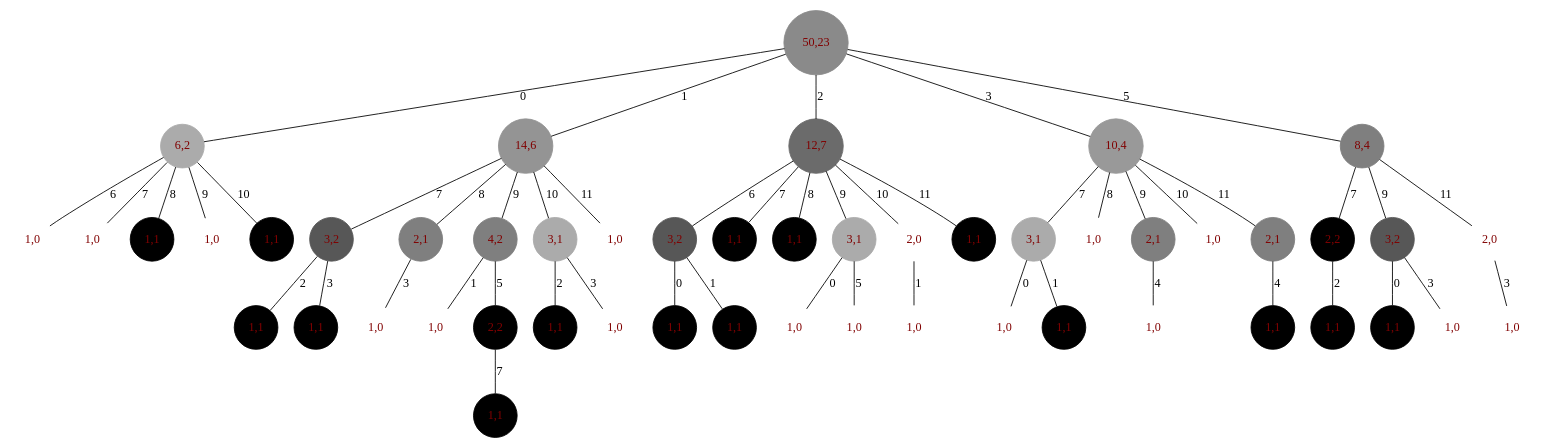
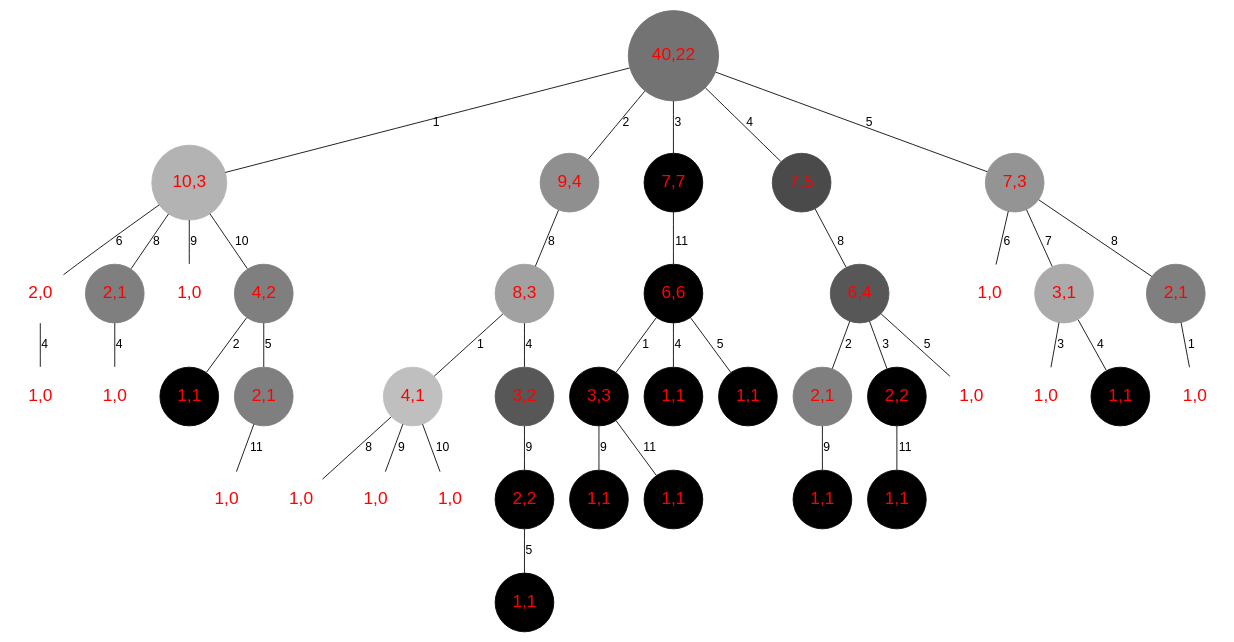
Before and after one commit to n-llx/An-AI-for-Awale: the diagram in code/arbre.dot, drawn with Graphviz. The commit also changed 12 other files, not shown here.

```diff
--- a/code/arbre.dot
+++ b/code/arbre.dot
@@ -1,104 +1,85 @@
 graph arbre {
- node [shape=circle,style=filled];
-0 [label="50,23",fontcolor=webmaroon, color=grey54];
-1 [label="6,2",fontcolor=webmaroon, color=grey67];
-2 [label="1,0",fontcolor=webmaroon, color=grey100];
+ node [shape=circle,style=filled,fontname="Helvetica",fontsize=20];
+edge [fontname="Helvetica"]
+;0 [label="40,22",fontcolor=red, color=grey45];
+1 [label="10,3",fontcolor=red, color=grey70];
+2 [label="2,0",fontcolor=red, color=grey100];
+3 [label="1,0",fontcolor=red, color=grey100];
+2 -- 3 [label="4"];
 1 -- 2 [label="6"];
-3 [label="1,0",fontcolor=webmaroon, color=grey100];
-1 -- 3 [label="7"];
-4 [label="1,1",fontcolor=webmaroon, color=grey0];
+4 [label="2,1",fontcolor=red, color=grey50];
+5 [label="1,0",fontcolor=red, color=grey100];
+4 -- 5 [label="4"];
 1 -- 4 [label="8"];
-5 [label="1,0",fontcolor=webmaroon, color=grey100];
-1 -- 5 [label="9"];
-6 [label="1,1",fontcolor=webmaroon, color=grey0];
-1 -- 6 [label="10"];
-0 -- 1 [label="0"];
-7 [label="14,6",fontcolor=webmaroon, color=grey58];
-8 [label="3,2",fontcolor=webmaroon, color=grey34];
-9 [label="1,1",fontcolor=webmaroon, color=grey0];
-8 -- 9 [label="2"];
-10 [label="1,1",fontcolor=webmaroon, color=grey0];
-8 -- 10 [label="3"];
-7 -- 8 [label="7"];
-11 [label="2,1",fontcolor=webmaroon, color=grey50];
-12 [label="1,0",fontcolor=webmaroon, color=grey100];
-11 -- 12 [label="3"];
-7 -- 11 [label="8"];
-13 [label="4,2",fontcolor=webmaroon, color=grey50];
-14 [label="1,0",fontcolor=webmaroon, color=grey100];
-13 -- 14 [label="1"];
-15 [label="2,2",fontcolor=webmaroon, color=grey0];
-16 [label="1,1",fontcolor=webmaroon, color=grey0];
-15 -- 16 [label="7"];
-13 -- 15 [label="5"];
-7 -- 13 [label="9"];
-17 [label="3,1",fontcolor=webmaroon, color=grey67];
-18 [label="1,1",fontcolor=webmaroon, color=grey0];
-17 -- 18 [label="2"];
-19 [label="1,0",fontcolor=webmaroon, color=grey100];
-17 -- 19 [label="3"];
-7 -- 17 [label="10"];
-20 [label="1,0",fontcolor=webmaroon, color=grey100];
-7 -- 20 [label="11"];
-0 -- 7 [label="1"];
-21 [label="12,7",fontcolor=webmaroon, color=grey42];
-22 [label="3,2",fontcolor=webmaroon, color=grey34];
-23 [label="1,1",fontcolor=webmaroon, color=grey0];
-22 -- 23 [label="0"];
-24 [label="1,1",fontcolor=webmaroon, color=grey0];
-22 -- 24 [label="1"];
-21 -- 22 [label="6"];
-25 [label="1,1",fontcolor=webmaroon, color=grey0];
-21 -- 25 [label="7"];
-26 [label="1,1",fontcolor=webmaroon, color=grey0];
-21 -- 26 [label="8"];
-27 [label="3,1",fontcolor=webmaroon, color=grey67];
-28 [label="1,0",fontcolor=webmaroon, color=grey100];
-27 -- 28 [label="0"];
-29 [label="1,0",fontcolor=webmaroon, color=grey100];
-27 -- 29 [label="5"];
-21 -- 27 [label="9"];
-30 [label="2,0",fontcolor=webmaroon, color=grey100];
-31 [label="1,0",fontcolor=webmaroon, color=grey100];
-30 -- 31 [label="1"];
-21 -- 30 [label="10"];
-32 [label="1,1",fontcolor=webmaroon, color=grey0];
-21 -- 32 [label="11"];
-0 -- 21 [label="2"];
-33 [label="10,4",fontcolor=webmaroon, color=grey60];
-34 [label="3,1",fontcolor=webmaroon, color=grey67];
-35 [label="1,0",fontcolor=webmaroon, color=grey100];
-34 -- 35 [label="0"];
-36 [label="1,1",fontcolor=webmaroon, color=grey0];
-34 -- 36 [label="1"];
-33 -- 34 [label="7"];
-37 [label="1,0",fontcolor=webmaroon, color=grey100];
-33 -- 37 [label="8"];
-38 [label="2,1",fontcolor=webmaroon, color=grey50];
-39 [label="1,0",fontcolor=webmaroon, color=grey100];
-38 -- 39 [label="4"];
-33 -- 38 [label="9"];
-40 [label="1,0",fontcolor=webmaroon, color=grey100];
-33 -- 40 [label="10"];
-41 [label="2,1",fontcolor=webmaroon, color=grey50];
-42 [label="1,1",fontcolor=webmaroon, color=grey0];
-41 -- 42 [label="4"];
-33 -- 41 [label="11"];
-0 -- 33 [label="3"];
-43 [label="8,4",fontcolor=webmaroon, color=grey50];
-44 [label="2,2",fontcolor=webmaroon, color=grey0];
-45 [label="1,1",fontcolor=webmaroon, color=grey0];
-44 -- 45 [label="2"];
-43 -- 44 [label="7"];
-46 [label="3,2",fontcolor=webmaroon, color=grey34];
-47 [label="1,1",fontcolor=webmaroon, color=grey0];
-46 -- 47 [label="0"];
-48 [label="1,0",fontcolor=webmaroon, color=grey100];
-46 -- 48 [label="3"];
-43 -- 46 [label="9"];
-49 [label="2,0",fontcolor=webmaroon, color=grey100];
-50 [label="1,0",fontcolor=webmaroon, color=grey100];
-49 -- 50 [label="3"];
-43 -- 49 [label="11"];
-0 -- 43 [label="5"];
+6 [label="1,0",fontcolor=red, color=grey100];
+1 -- 6 [label="9"];
+7 [label="4,2",fontcolor=red, color=grey50];
+8 [label="1,1",fontcolor=red, color=grey0];
+7 -- 8 [label="2"];
+9 [label="2,1",fontcolor=red, color=grey50];
+10 [label="1,0",fontcolor=red, color=grey100];
+9 -- 10 [label="11"];
+7 -- 9 [label="5"];
+1 -- 7 [label="10"];
+0 -- 1 [label="1"];
+11 [label="9,4",fontcolor=red, color=grey56];
+12 [label="8,3",fontcolor=red, color=grey63];
+13 [label="4,1",fontcolor=red, color=grey75];
+14 [label="1,0",fontcolor=red, color=grey100];
+13 -- 14 [label="8"];
+15 [label="1,0",fontcolor=red, color=grey100];
+13 -- 15 [label="9"];
+16 [label="1,0",fontcolor=red, color=grey100];
+13 -- 16 [label="10"];
+12 -- 13 [label="1"];
+17 [label="3,2",fontcolor=red, color=grey34];
+18 [label="2,2",fontcolor=red, color=grey0];
+19 [label="1,1",fontcolor=red, color=grey0];
+18 -- 19 [label="5"];
+17 -- 18 [label="9"];
+12 -- 17 [label="4"];
+11 -- 12 [label="8"];
+0 -- 11 [label="2"];
+20 [label="7,7",fontcolor=red, color=grey0];
+21 [label="6,6",fontcolor=red, color=grey0];
+22 [label="3,3",fontcolor=red, color=grey0];
+23 [label="1,1",fontcolor=red, color=grey0];
+22 -- 23 [label="9"];
+24 [label="1,1",fontcolor=red, color=grey0];
+22 -- 24 [label="11"];
+21 -- 22 [label="1"];
+25 [label="1,1",fontcolor=red, color=grey0];
+21 -- 25 [label="4"];
+26 [label="1,1",fontcolor=red, color=grey0];
+21 -- 26 [label="5"];
+20 -- 21 [label="11"];
+0 -- 20 [label="3"];
+27 [label="7,5",fontcolor=red, color=grey29];
+28 [label="6,4",fontcolor=red, color=grey34];
+29 [label="2,1",fontcolor=red, color=grey50];
+30 [label="1,1",fontcolor=red, color=grey0];
+29 -- 30 [label="9"];
+28 -- 29 [label="2"];
+31 [label="2,2",fontcolor=red, color=grey0];
+32 [label="1,1",fontcolor=red, color=grey0];
+31 -- 32 [label="11"];
+28 -- 31 [label="3"];
+33 [label="1,0",fontcolor=red, color=grey100];
+28 -- 33 [label="5"];
+27 -- 28 [label="8"];
+0 -- 27 [label="4"];
+34 [label="7,3",fontcolor=red, color=grey58];
+35 [label="1,0",fontcolor=red, color=grey100];
+34 -- 35 [label="6"];
+36 [label="3,1",fontcolor=red, color=grey67];
+37 [label="1,0",fontcolor=red, color=grey100];
+36 -- 37 [label="3"];
+38 [label="1,1",fontcolor=red, color=grey0];
+36 -- 38 [label="4"];
+34 -- 36 [label="7"];
+39 [label="2,1",fontcolor=red, color=grey50];
+40 [label="1,0",fontcolor=red, color=grey100];
+39 -- 40 [label="1"];
+34 -- 39 [label="8"];
+0 -- 34 [label="5"];
 }
```
